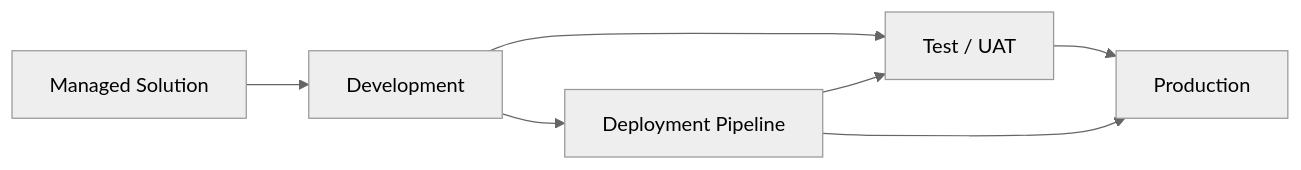
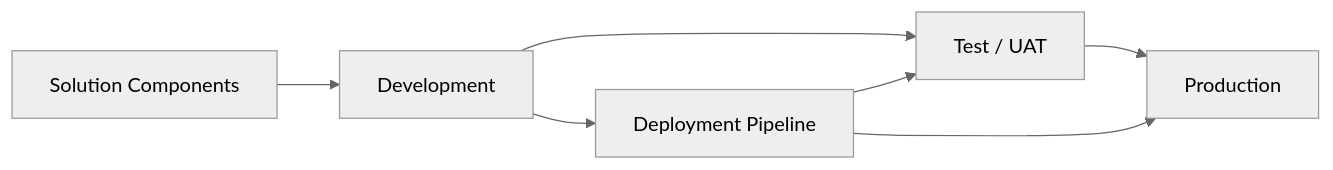
One commit to Faith144-72894/Faith-Paulding-Portfolio changed the diagram in Power-Platform-Enterprise-Architecture/README.md. Above: the diagram before and after it, drawn with Mermaid (neutral theme). The commit also changed other lines of this file, not shown here.

Commit message:
Align Power Platform architecture to challenges and solutions

````diff
--- a/Power-Platform-Enterprise-Architecture/README.md
+++ b/Power-Platform-Enterprise-Architecture/README.md
@@ -7,9 +13,9 @@
 ```mermaid
 flowchart LR
     DEV[Development] --> TEST[Test / UAT]
     TEST --> PROD[Production]
-    SOL[Managed Solution] --> DEV
+    SOL[Solution Components] --> DEV
     DEV --> PIPE[Deployment Pipeline]
     PIPE --> TEST
     PIPE --> PROD
 ```
````
